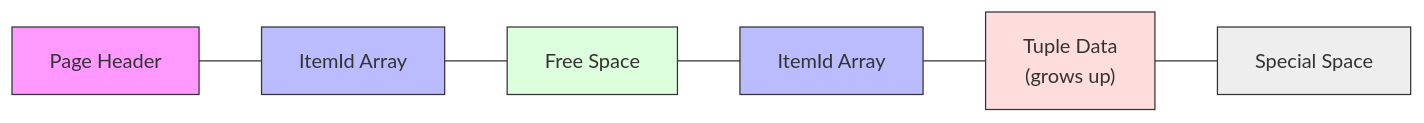
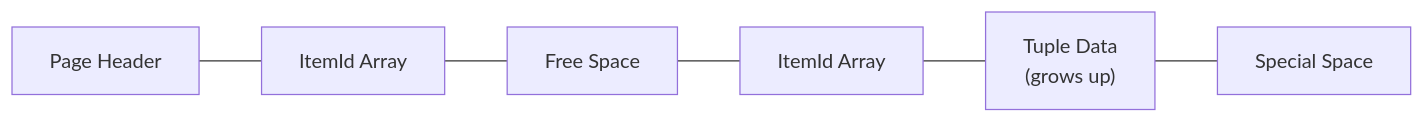
The third of 4 diagrams in System_Design_Docs/postgresql-vs-sqlite/README.md (KnightKnight27/scaler-Adv-DBMS), drawn with Mermaid before and after one commit. The commit also changed other lines of this file and 3 other files, not shown here.

Commit message:
chore: change styling for diagrams

````diff
--- a/System_Design_Docs/postgresql-vs-sqlite/README.md
+++ b/System_Design_Docs/postgresql-vs-sqlite/README.md
@@ -79,11 +67,4 @@
 ```mermaid
 graph LR
     H["Page Header"] --- I1["ItemId Array"] --- F["Free Space"] --- I2["ItemId Array"] --- T["Tuple Data<br>(grows up)"] --- S["Special Space"]
-
-    style H fill:#f9f,stroke:#333,stroke-width:1px
-    style I1 fill:#bbf,stroke:#333,stroke-width:1px
-    style F fill:#dfd,stroke:#333,stroke-width:1px
-    style I2 fill:#bbf,stroke:#333,stroke-width:1px
-    style T fill:#fdd,stroke:#333,stroke-width:1px
-    style S fill:#eee,stroke:#333,stroke-width:1px
 ```
````
